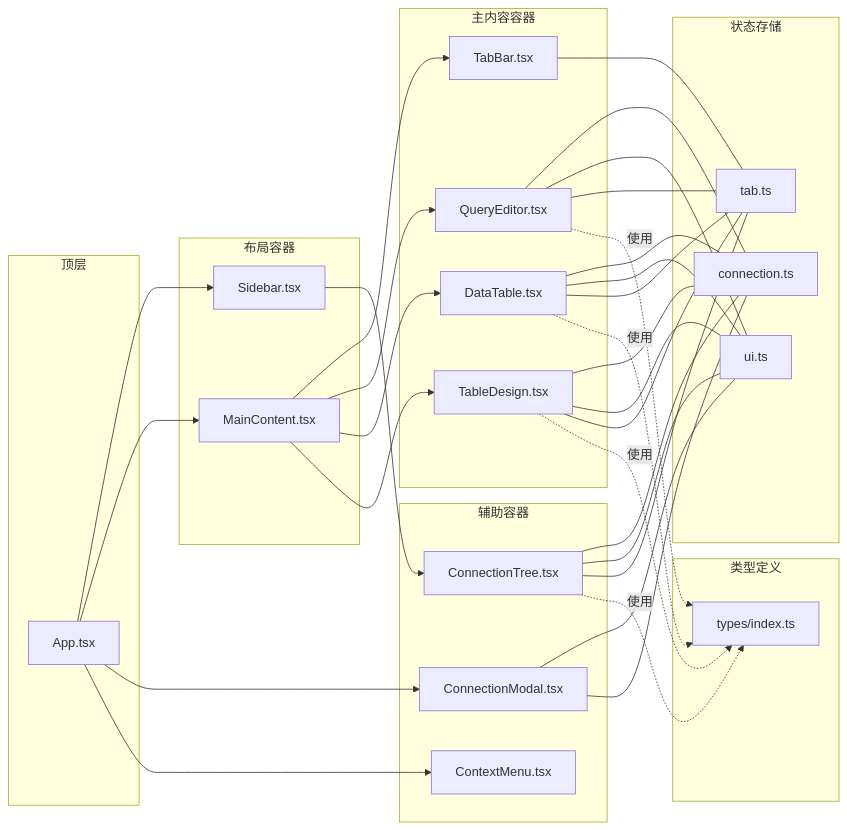
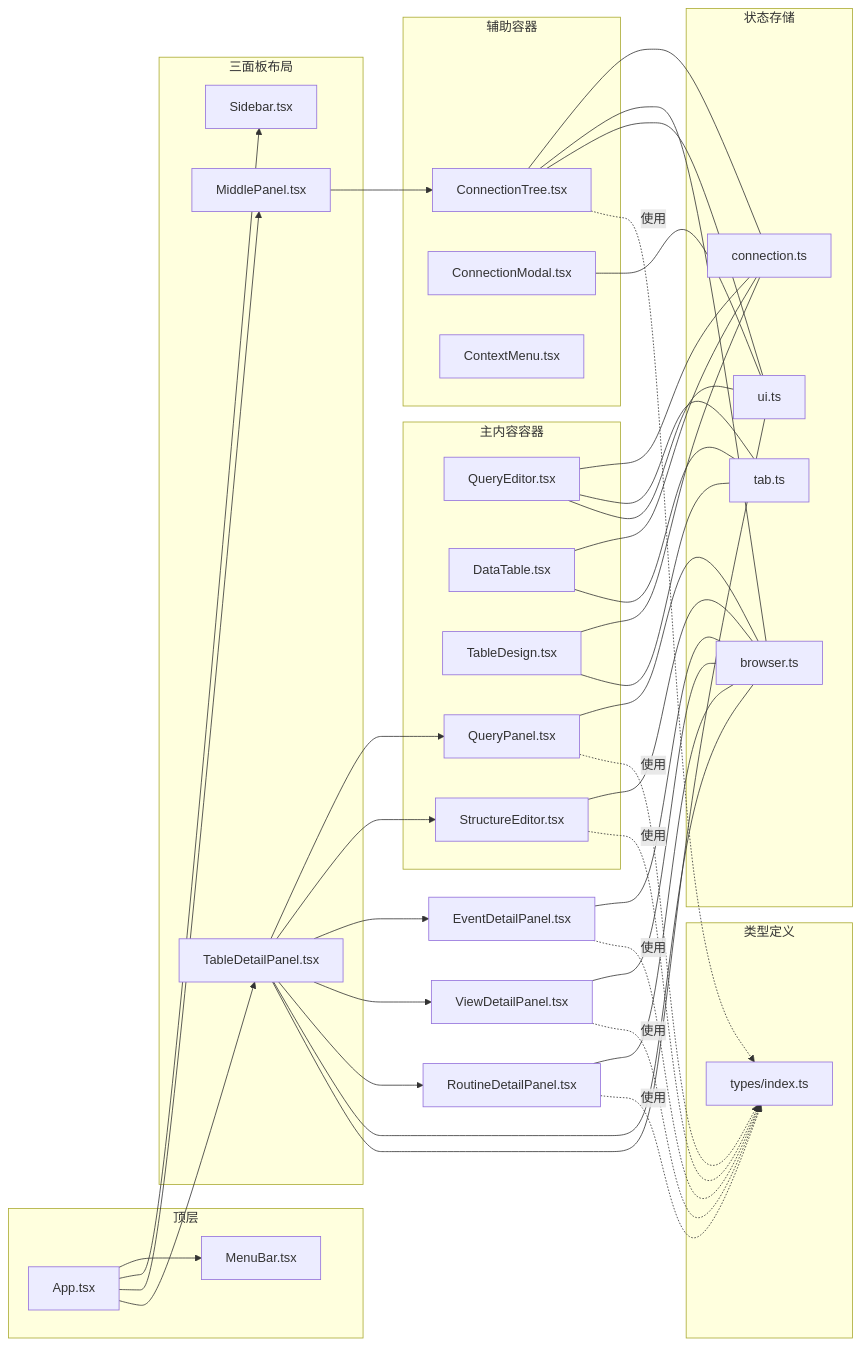
The second of 8 diagrams in .qoder/repowiki/zh/content/架构设计/组件系统架构/组件系统架构.md (wwenbo2048/nexsql), drawn with Mermaid before and after one commit. The commit also changed other lines of this file and 19 other files, not shown here.

````diff
--- a/.qoder/repowiki/zh/content/架构设计/组件系统架构/组件系统架构.md
+++ b/.qoder/repowiki/zh/content/架构设计/组件系统架构/组件系统架构.md
@@ -123,57 +133,67 @@
 ```mermaid
 graph LR
 subgraph "顶层"
 APP["App.tsx"]
+MB["MenuBar.tsx"]
 end
-subgraph "布局容器"
+subgraph "三面板布局"
 SB["Sidebar.tsx"]
-MC["MainContent.tsx"]
+MP["MiddlePanel.tsx"]
+TDP["TableDetailPanel.tsx"]
 end
 subgraph "主内容容器"
-TBAR["TabBar.tsx"]
 QE["QueryEditor.tsx"]
 DT["DataTable.tsx"]
 TD["TableDesign.tsx"]
+QP["QueryPanel.tsx"]
+SE["StructureEditor.tsx"]
 end
 subgraph "辅助容器"
 CT["ConnectionTree.tsx"]
 CM["ConnectionModal.tsx"]
 CX["ContextMenu.tsx"]
 end
 subgraph "状态存储"
 ST1["connection.ts"]
-ST2["tab.ts"]
-ST3["ui.ts"]
+ST2["browser.ts"]
+ST3["tab.ts"]
+ST4["ui.ts"]
 end
 subgraph "类型定义"
 T["types/index.ts"]
 end
+APP --> MB
 APP --> SB
-APP --> MC
-MC --> TBAR
-MC --> QE
-MC --> DT
-MC --> TD
-SB --> CT
-APP --> CM
-APP --> CX
+APP --> MP
+APP --> TDP
+MP --> CT
+TDP --> QP
+TDP --> SE
+TDP --> ED["EventDetailPanel.tsx"]
+TDP --> VD["ViewDetailPanel.tsx"]
+TDP --> RD["RoutineDetailPanel.tsx"]
 CT --- ST1
 QE --- ST1
 DT --- ST1
 TD --- ST1
-TBAR --- ST2
+CT --- ST2
+TDP --- ST2
+QP --- ST2
+SE --- ST2
+ED --- ST2
+VD --- ST2
+RD --- ST2
 QE --- ST3
 DT --- ST3
 TD --- ST3
-CT --- ST3
-CM --- ST3
-CM --- ST1
-CT --- ST2
-QE --- ST2
-DT --- ST2
-TD --- ST2
+CT --- ST4
+CM --- ST4
+TDP --- ST4
+QE --- ST4
 CT -. 使用 .-> T
-QE -. 使用 .-> T
-DT -. 使用 .-> T
-TD -. 使用 .-> T
+QP -. 使用 .-> T
+SE -. 使用 .-> T
+ED -. 使用 .-> T
+VD -. 使用 .-> T
+RD -. 使用 .-> T
 ```
````
